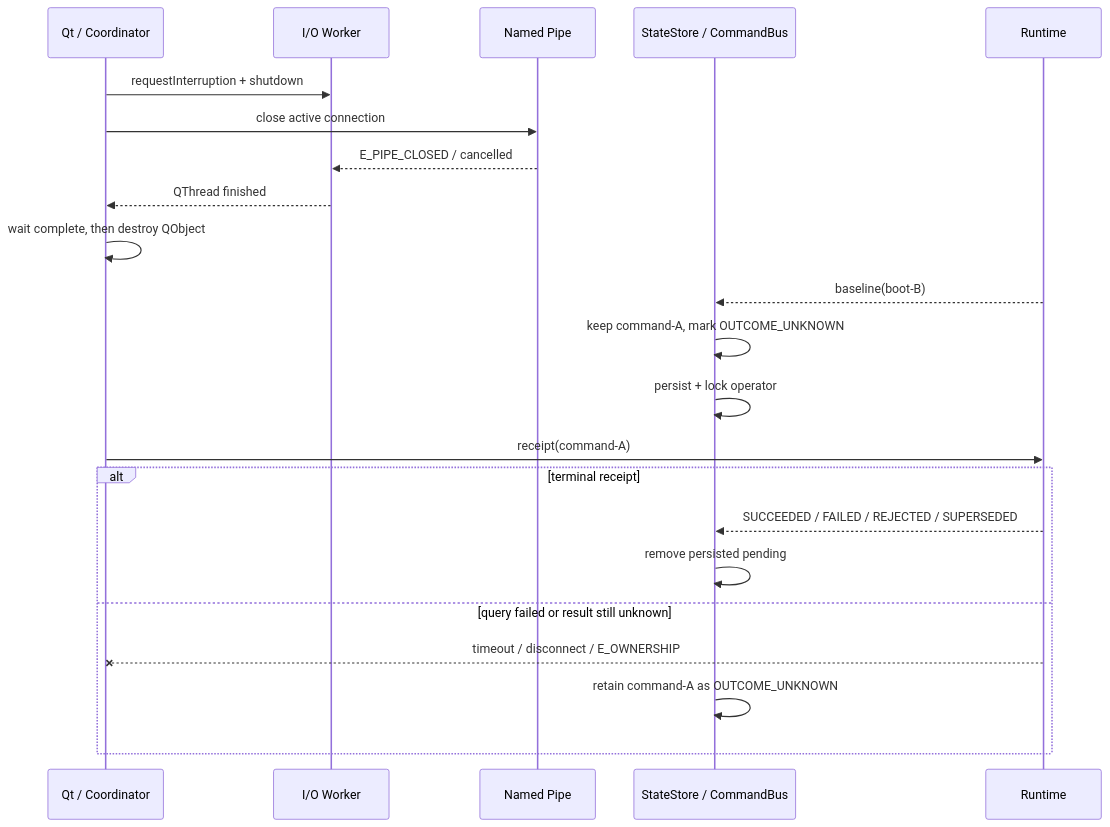
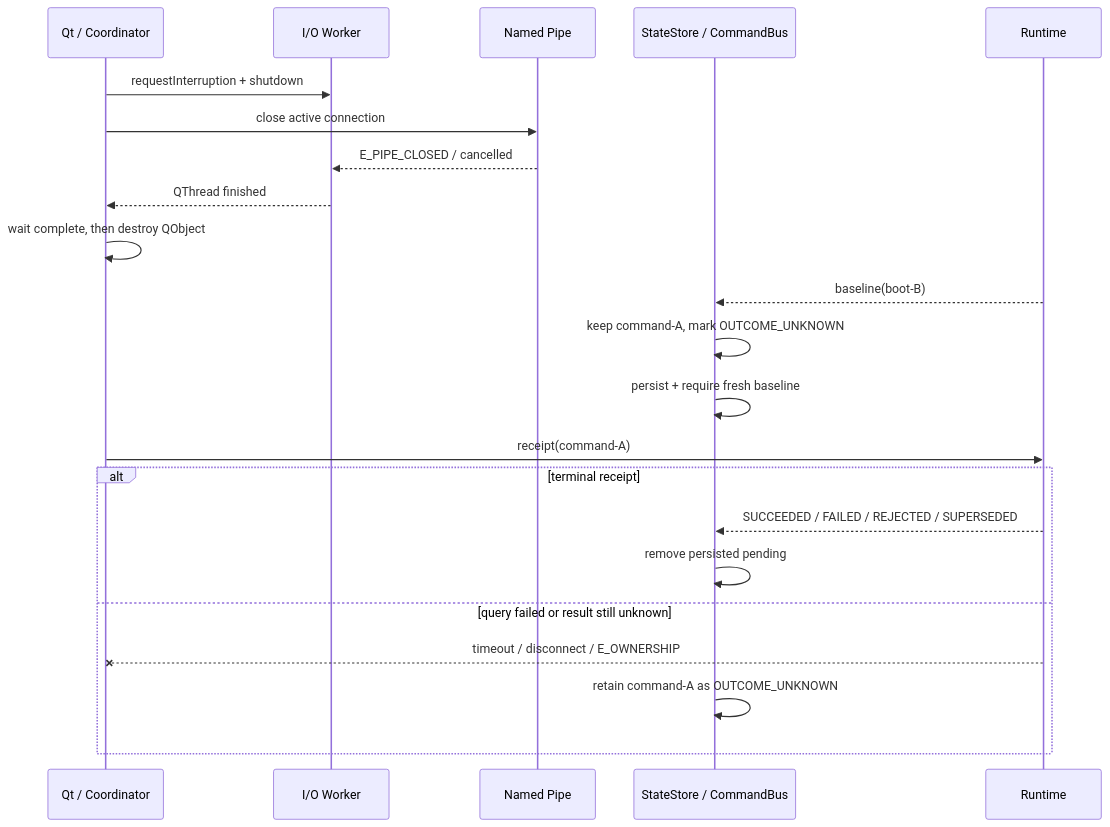
The third of 3 diagrams in docs/refactor/trading-workbench-client-refactor-20261119.md (Yoruto/OnlineTrader), drawn with Mermaid before and after one commit. The commit also changed other lines of this file and 17 other files, not shown here.

````diff
--- a/docs/refactor/trading-workbench-client-refactor-20261119.md
+++ b/docs/refactor/trading-workbench-client-refactor-20261119.md
@@ -382,24 +384,24 @@
 ```mermaid
 sequenceDiagram
     participant UI as Qt / Coordinator
     participant Worker as I/O Worker
     participant Pipe as Named Pipe
     participant Store as StateStore / CommandBus
     participant RT as Runtime
     UI->>Worker: requestInterruption + shutdown
     UI->>Pipe: close active connection
     Pipe-->>Worker: E_PIPE_CLOSED / cancelled
     Worker-->>UI: QThread finished
     UI->>UI: wait complete, then destroy QObject
     RT-->>Store: baseline(boot-B)
     Store->>Store: keep command-A, mark OUTCOME_UNKNOWN
-    Store->>Store: persist + lock operator
+    Store->>Store: persist + require fresh baseline
     UI->>RT: receipt(command-A)
     alt terminal receipt
         RT-->>Store: SUCCEEDED / FAILED / REJECTED / SUPERSEDED
         Store->>Store: remove persisted pending
     else query failed or result still unknown
         RT--xUI: timeout / disconnect / E_OWNERSHIP
         Store->>Store: retain command-A as OUTCOME_UNKNOWN
     end
 ```
````
